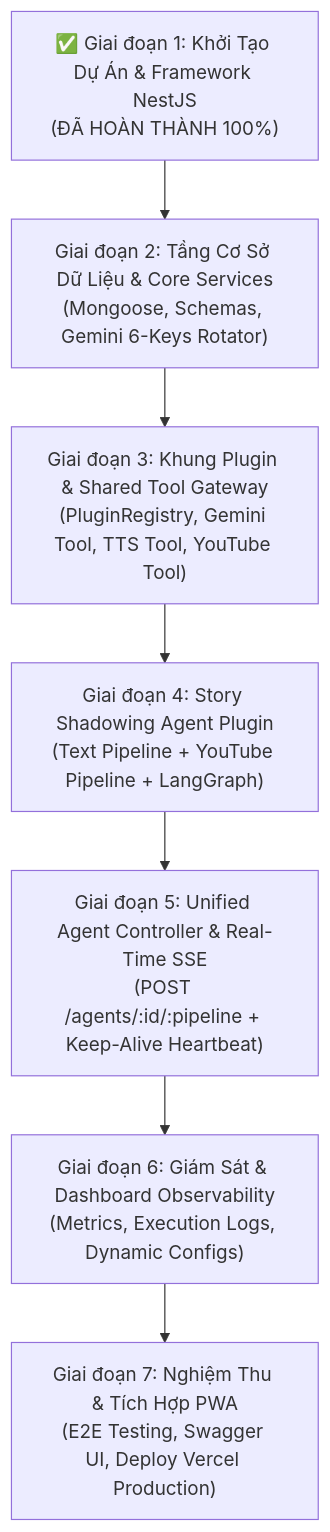
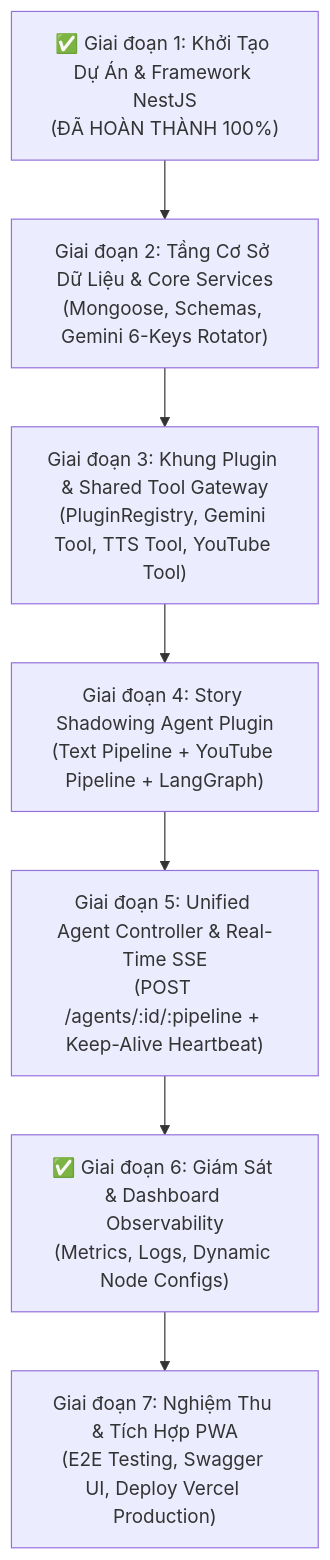
One commit to vuanhtu1993/aha-mind-agents changed the diagram in docs/implementation_plan.md. Above: the diagram before and after it, drawn with Mermaid. The commit also changed other lines of this file and 14 other files, not shown here.

Commit message:
Phase 06: Plugin module define and update NodeMetadata, PipelineMetadata Manage API logs and metrics

````diff
--- a/docs/implementation_plan.md
+++ b/docs/implementation_plan.md
@@ -20,9 +20,9 @@
 ```mermaid
 graph TD
     P1["✅ Giai đoạn 1: Khởi Tạo Dự Án & Framework NestJS\n(ĐÃ HOÀN THÀNH 100%)"] --> P2["Giai đoạn 2: Tầng Cơ Sở Dữ Liệu & Core Services\n(Mongoose, Schemas, Gemini 6-Keys Rotator)"]
     P2 --> P3["Giai đoạn 3: Khung Plugin & Shared Tool Gateway\n(PluginRegistry, Gemini Tool, TTS Tool, YouTube Tool)"]
     P3 --> P4["Giai đoạn 4: Story Shadowing Agent Plugin\n(Text Pipeline + YouTube Pipeline + LangGraph)"]
     P4 --> P5["Giai đoạn 5: Unified Agent Controller & Real-Time SSE\n(POST /agents/:id/:pipeline + Keep-Alive Heartbeat)"]
-    P5 --> P6["Giai đoạn 6: Giám Sát & Dashboard Observability\n(Metrics, Execution Logs, Dynamic Configs)"]
+    P5 --> P6["✅ Giai đoạn 6: Giám Sát & Dashboard Observability\n(Metrics, Logs, Dynamic Node Configs)"]
     P6 --> P7["Giai đoạn 7: Nghiệm Thu & Tích Hợp PWA\n(E2E Testing, Swagger UI, Deploy Vercel Production)"]
 ```
````
